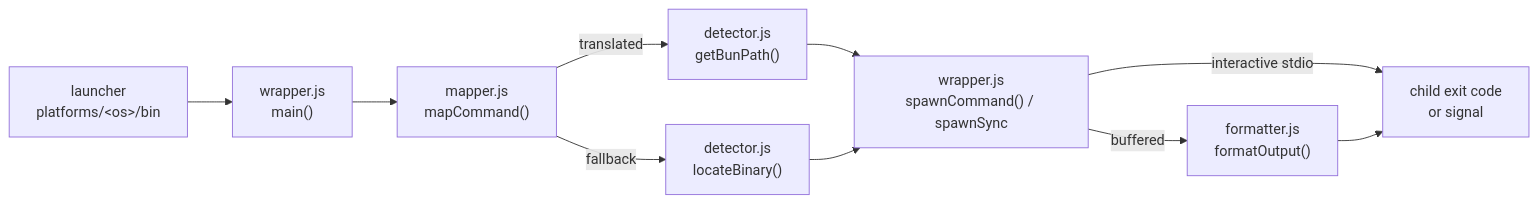
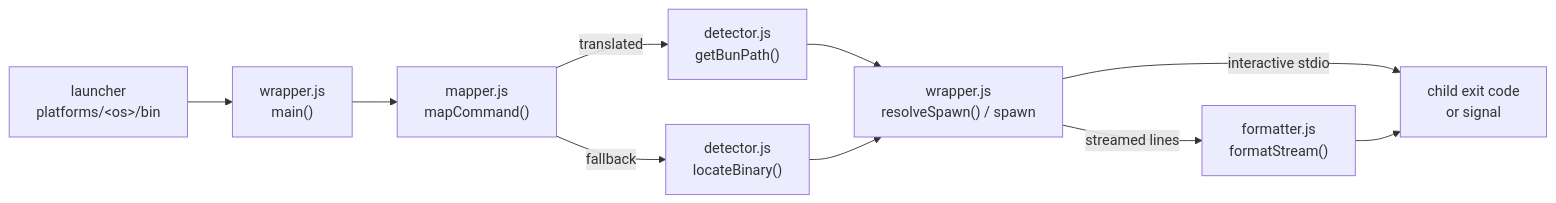
Before and after one commit to yv3000/bunpm: the diagram in README.md, drawn with Mermaid. The commit also changed other lines of this file and 7 other files, not shown here.

````diff
--- a/README.md
+++ b/README.md
@@ -148,12 +149,12 @@
 ```mermaid
 flowchart LR
   L["launcher<br/>platforms/&lt;os&gt;/bin"] --> W["wrapper.js<br/>main()"]
   W --> M["mapper.js<br/>mapCommand()"]
   M -->|translated| B["detector.js<br/>getBunPath()"]
   M -->|fallback| O["detector.js<br/>locateBinary()"]
-  B --> X["wrapper.js<br/>spawnCommand() / spawnSync"]
+  B --> X["wrapper.js<br/>resolveSpawn() / spawn"]
   O --> X
-  X -->|buffered| F["formatter.js<br/>formatOutput()"]
+  X -->|streamed lines| F["formatter.js<br/>formatStream()"]
   X -->|interactive stdio| E["child exit code<br/>or signal"]
   F --> E
 ```
````
